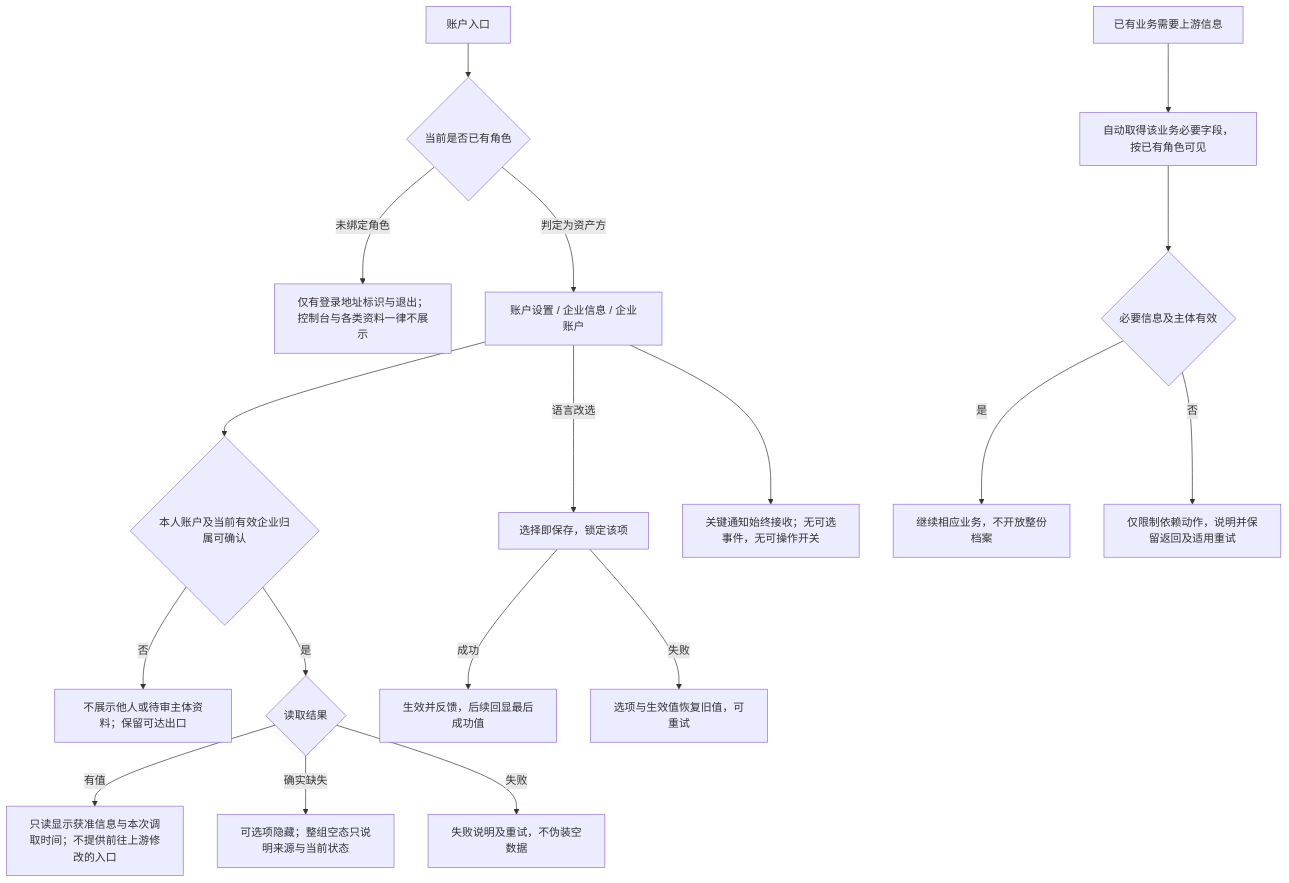
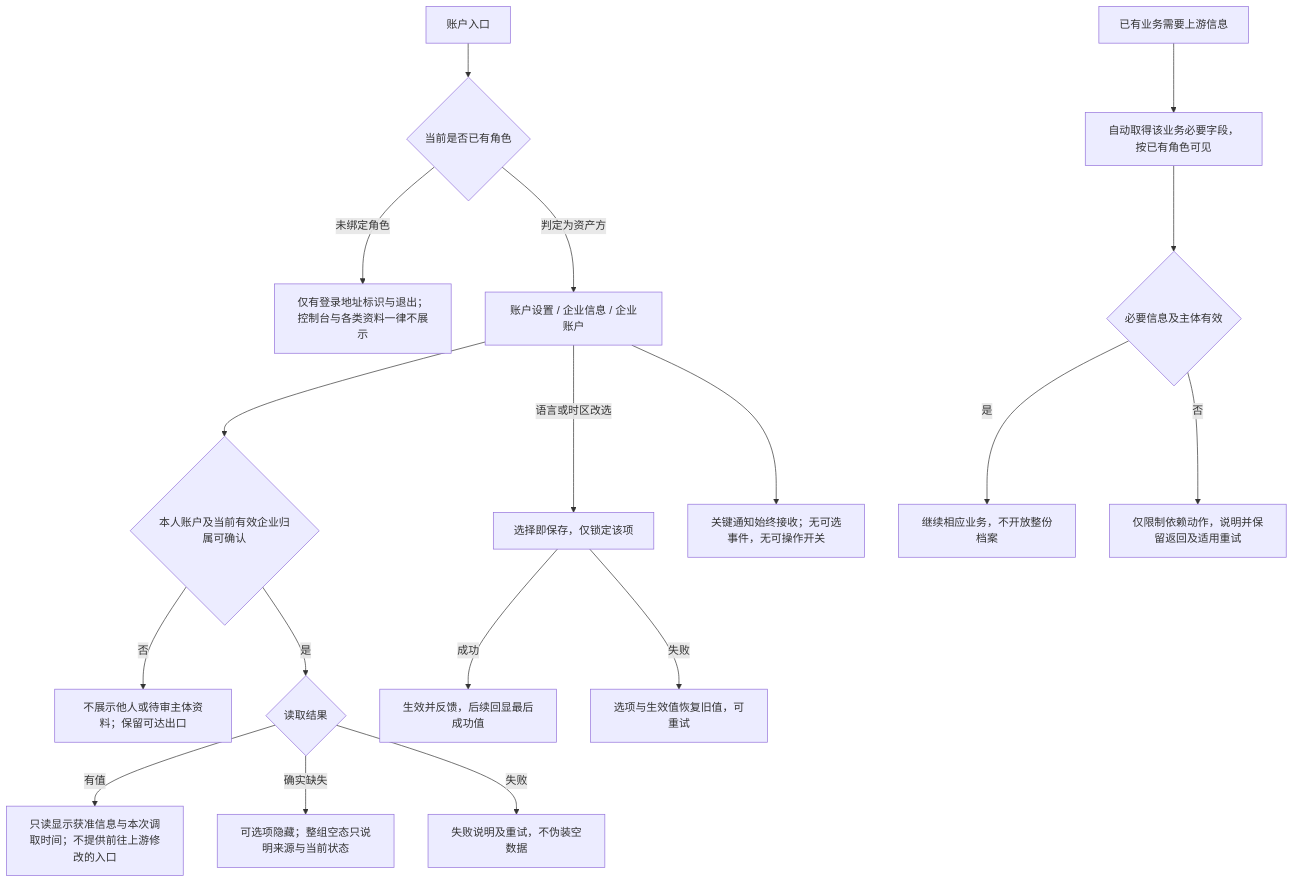
Before and after one commit to wxblockchain/Chain-Financing: the fifth of 7 diagrams in lending-platform/PRD/v2.0-登录与账户体系/02-登录主干与资产方SSO接入-流程图与状态机.md, drawn with Mermaid. The commit also changed other lines of this file and 1 other file, not shown here.

Commit message:
docs(WS-371): give the asset party a time zone preference on the funder's terms
- preferences now hold language and time zone, with values and save behaviour taken from the funder volume: valid IANA zone, browser zone at account creation, UTC when inference fails, never overwriting a saved choice
- state that the zone only affects how times are displayed: business times, their order and any rate-limit or deadline start point are unchanged
- add AC-L469 and AC-L470, extend AC-L306 and AC-L327, add the field label as draft copy and note the preference pair in flow 5
- fix two stale lines found while editing: the volume no longer says "no time zone setting", and the forced-notification count drops EV-L21

````diff
--- a/lending-platform/PRD/v2.0-登录与账户体系/02-登录主干与资产方SSO接入-流程图与状态机.md
+++ b/lending-platform/PRD/v2.0-登录与账户体系/02-登录主干与资产方SSO接入-流程图与状态机.md
@@ -117,20 +117,20 @@
 ```mermaid
 flowchart TD
     MENU["账户入口"] --> ROLE{"当前是否已有角色"}
     ROLE -->|未绑定角色| ONLY["仅有登录地址标识与退出；控制台与各类资料一律不展示"]
     ROLE -->|判定为资产方| P["账户设置 / 企业信息 / 企业账户"]
     P --> OWNER{"本人账户及当前有效企业归属可确认"}
     OWNER -->|否| DENY["不展示他人或待审主体资料；保留可达出口"]
     OWNER -->|是| LOAD{"读取结果"}
     LOAD -->|有值| SHOW["只读显示获准信息与本次调取时间；不提供前往上游修改的入口"]
     LOAD -->|确实缺失| EMPTY["可选项隐藏；整组空态只说明来源与当前状态"]
     LOAD -->|失败| FAIL["失败说明及重试，不伪装空数据"]
-    P -->|语言改选| SAVE["选择即保存，锁定该项"]
+    P -->|语言或时区改选| SAVE["选择即保存，仅锁定该项"]
     SAVE -->|成功| OK["生效并反馈，后续回显最后成功值"]
     SAVE -->|失败| ROLLBACK["选项与生效值恢复旧值，可重试"]
     P --> NOTICE["关键通知始终接收；无可选事件，无可操作开关"]
     B["已有业务需要上游信息"] --> AUTO["自动取得该业务必要字段，按已有角色可见"]
     AUTO --> NEED{"必要信息及主体有效"}
     NEED -->|是| USE["继续相应业务，不开放整份档案"]
     NEED -->|否| LIMIT["仅限制依赖动作，说明并保留返回及适用重试"]
 ```
````
